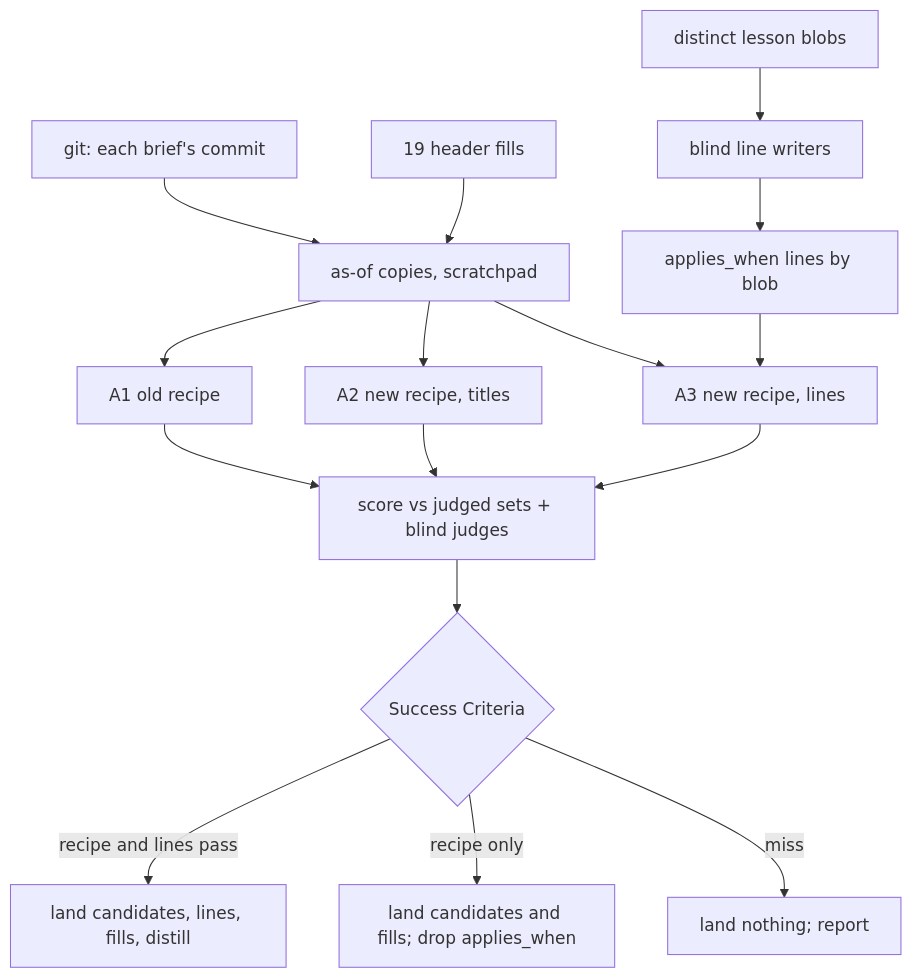
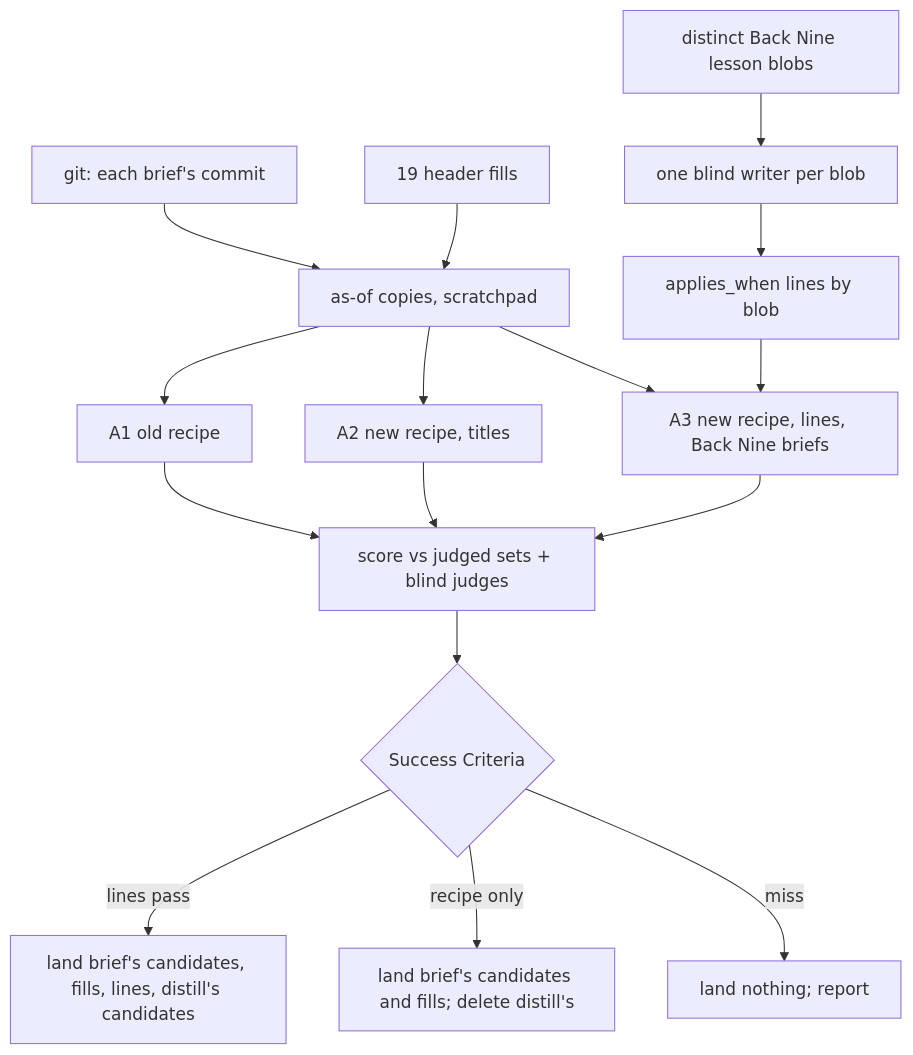
One commit to mbriggsy/ai-learning-journey changed the diagram in projects/skills/distill-and-brief/docs/plans/brief-recall-fix-plan.md. Above: the diagram before and after it, drawn with Mermaid. The commit also changed other lines of this file, not shown here.

````diff
--- a/projects/skills/distill-and-brief/docs/plans/brief-recall-fix-plan.md
+++ b/projects/skills/distill-and-brief/docs/plans/brief-recall-fix-plan.md
@@ -109,18 +112,18 @@
 ```mermaid
 flowchart TB
   G[git: each brief's commit] --> C[as-of copies, scratchpad]
   F[19 header fills] --> C
-  B[distinct lesson blobs] --> W[blind line writers]
+  B[distinct Back Nine lesson blobs] --> W[one blind writer per blob]
   W --> L[applies_when lines by blob]
   C --> A1[A1 old recipe]
   C --> A2[A2 new recipe, titles]
-  L --> A3[A3 new recipe, lines]
+  L --> A3[A3 new recipe, lines, Back Nine briefs]
   C --> A3
   A1 --> S[score vs judged sets + blind judges]
   A2 --> S
   A3 --> S
   S --> V{Success Criteria}
-  V -->|recipe and lines pass| LAND[land candidates, lines, fills, distill]
-  V -->|recipe only| LANDR[land candidates and fills; drop applies_when]
+  V -->|lines pass| LAND[land brief's candidates, fills, lines, distill's candidates]
+  V -->|recipe only| LANDR[land brief's candidates and fills; delete distill's]
   V -->|miss| STOP[land nothing; report]
 ```
````
